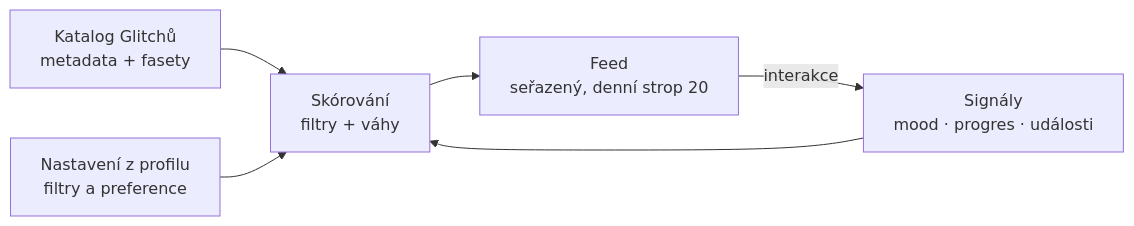
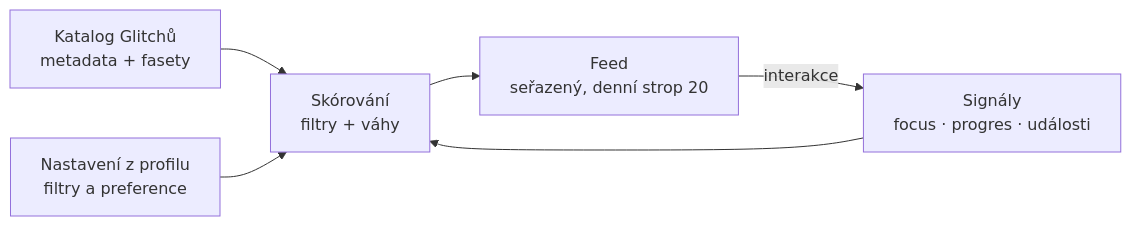
The diagram in docs/doporucovani-implementace.md (aidetemcz/glitch), drawn with Mermaid before and after one commit. The commit also changed other lines of this file and 16 other files, not shown here.

First line of the commit message:
Docs: přejmenování mood → focus (AI Act) + doc prototypu

````diff
--- a/docs/doporucovani-implementace.md
+++ b/docs/doporucovani-implementace.md
@@ -15,8 +15,8 @@
 ```mermaid
 flowchart LR
   A[Katalog Glitchů<br/>metadata + fasety] --> C[Skórování<br/>filtry + váhy]
-  B[Signály<br/>mood · progres · události] --> C
+  B[Signály<br/>focus · progres · události] --> C
   S[Nastavení z profilu<br/>filtry a preference] --> C
   C --> D[Feed<br/>seřazený, denní strop 20]
   D -->|interakce| B
 ```
````
